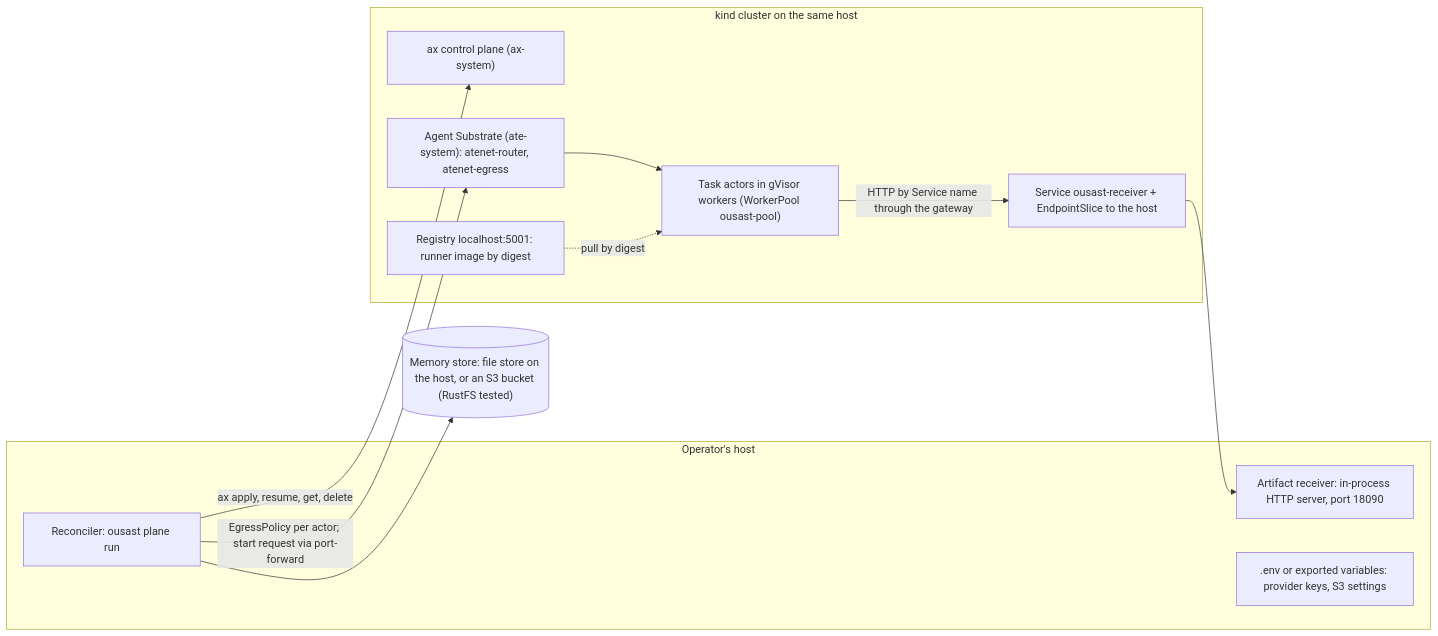
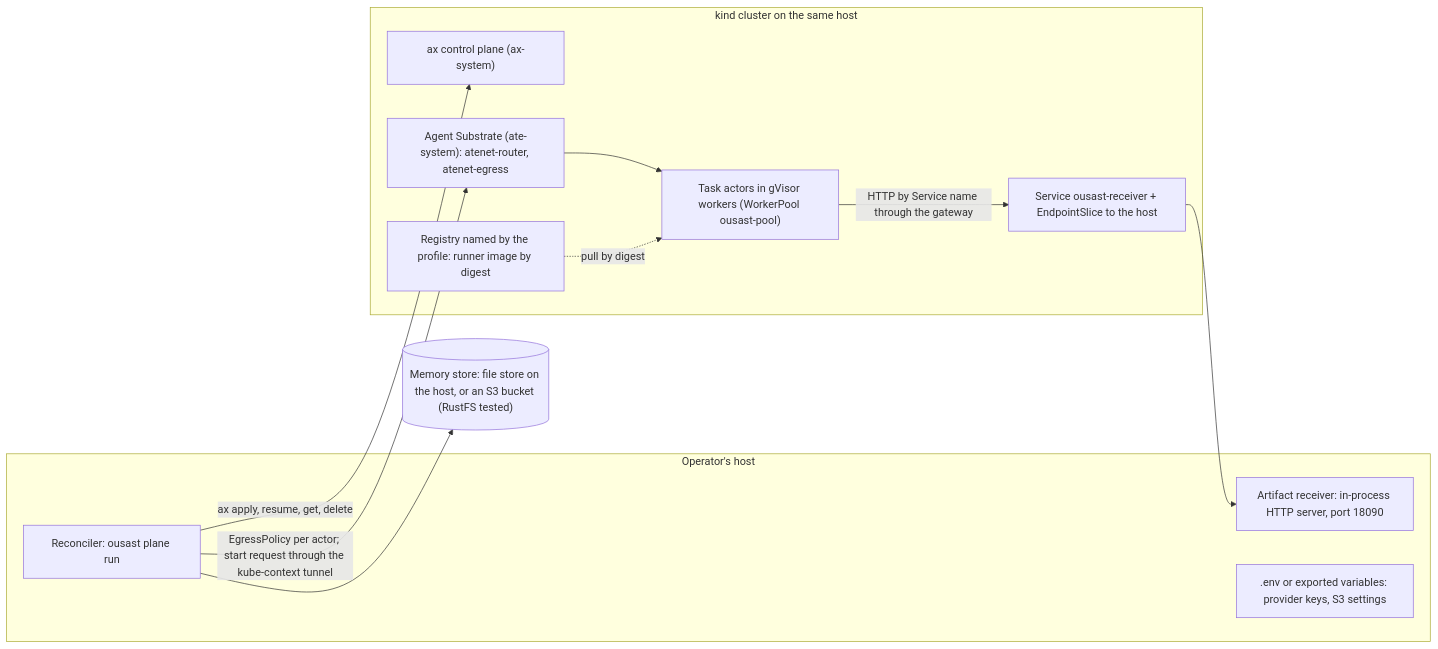
Before and after one commit to norandom/OpenUltraSAST: the first of 2 diagrams in docs/deployment.md, drawn with Mermaid. The commit also changed other lines of this file and 5 other files, not shown here.

````diff
--- a/docs/deployment.md
+++ b/docs/deployment.md
@@ -18,23 +18,23 @@
 ```mermaid
 flowchart LR
     subgraph host ["Operator's host"]
         rec["Reconciler: ousast plane run"]
         rcv["Artifact receiver: in-process HTTP server, port 18090"]
         env[".env or exported variables: provider keys, S3 settings"]
     end
     subgraph cluster ["kind cluster on the same host"]
         ax["ax control plane (ax-system)"]
         sub["Agent Substrate (ate-system): atenet-router, atenet-egress"]
         act["Task actors in gVisor workers (WorkerPool ousast-pool)"]
         svc["Service ousast-receiver + EndpointSlice to the host"]
-        reg["Registry localhost:5001: runner image by digest"]
+        reg["Registry named by the profile: runner image by digest"]
     end
     mem[("Memory store: file store on the host, or an S3 bucket (RustFS tested)")]
     rec -- "ax apply, resume, get, delete" --> ax
-    rec -- "EgressPolicy per actor; start request via port-forward" --> sub
+    rec -- "EgressPolicy per actor; start request through the kube-context tunnel" --> sub
     sub --> act
     act -- "HTTP by Service name through the gateway" --> svc
     svc --> rcv
     rec --> mem
     reg -. "pull by digest" .-> act
 ```
````
